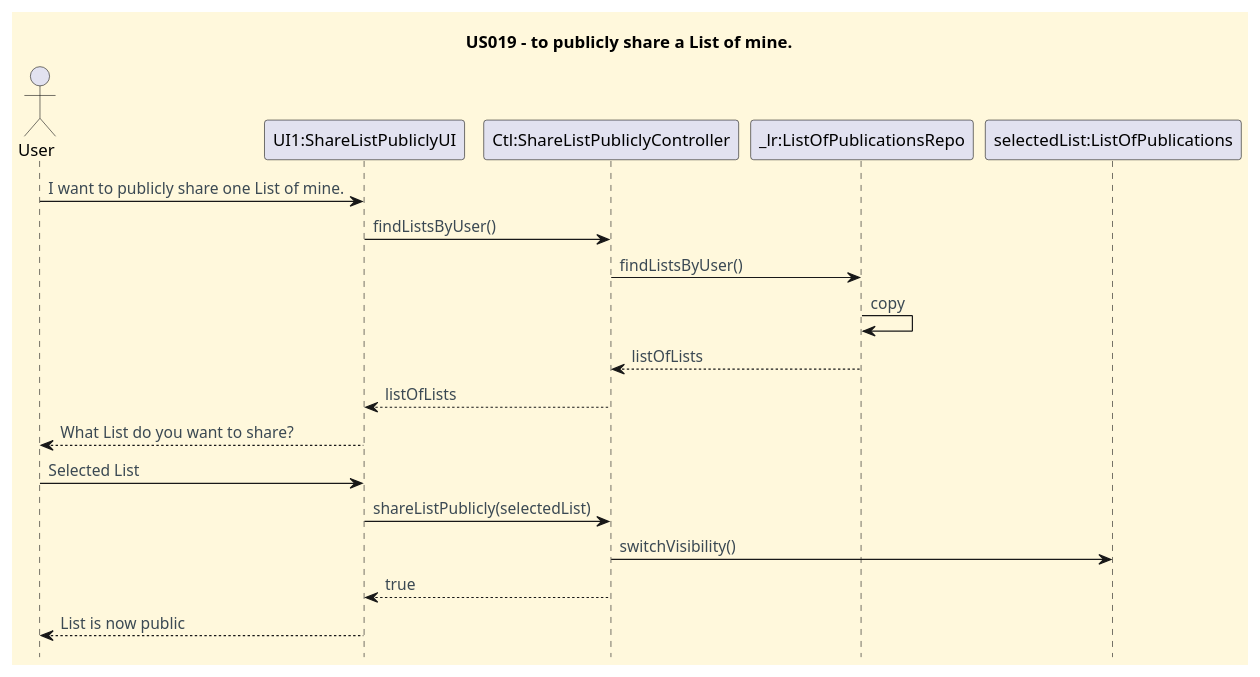
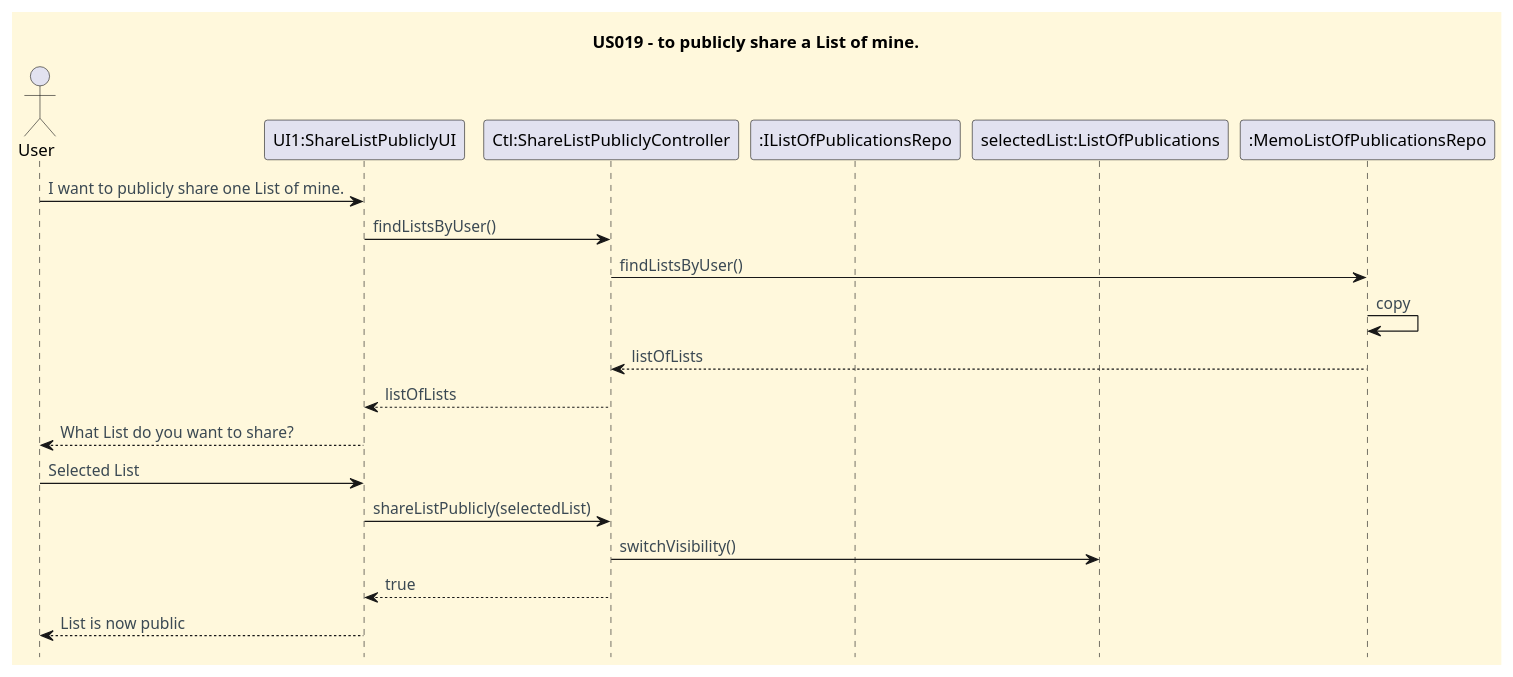
Before and after one commit to CarolinaLeite-collab/JavaMarketplacePlatform: the diagram in docs/userStories/US019/US019_to_publicly_share_a_list_SD.puml, drawn with PlantUML. The commit also changed 5 other files, not shown here.

Commit message:
docs(diagrams): #369: update SDs/CDs for US017, US019, US020 to use IListOfPublicationsRepo.

```diff
--- a/docs/userStories/US019/US019_to_publicly_share_a_list_SD.puml
+++ b/docs/userStories/US019/US019_to_publicly_share_a_list_SD.puml
@@ -1,42 +1,42 @@
 @startuml
 'https://plantuml.com/sequence-diagram
 hide footbox
 title US019 - to publicly share a List of mine.
 
 
 '==== basic style ====
 skinparam monochrome false
 skinparam shadowing false
 skinparam defaultFontName Futura
 skinparam objectFontSize 20
 skinparam backgroundColor CornSilk
 skinparam objectBackgroundColor WhiteSmoke
 skinparam noteBackgroundColor #FFFFE0
 skinparam ArrowFontColor #3B4953
 skinparam ActivationBackgroundColor black
 
 
 actor User
 participant "UI1:ShareListPubliclyUI"
 participant "Ctl:ShareListPubliclyController"
-participant "_lr:ListOfPublicationsRepo"
+participant ":IListOfPublicationsRepo"
 participant "selectedList:ListOfPublications"
 
 
 User -> "UI1:ShareListPubliclyUI" : I want to publicly share one List of mine.
 "UI1:ShareListPubliclyUI" -> "Ctl:ShareListPubliclyController" : findListsByUser()
-"Ctl:ShareListPubliclyController" -> "_lr:ListOfPublicationsRepo" : findListsByUser()
-"_lr:ListOfPublicationsRepo" -> "_lr:ListOfPublicationsRepo" : copy
-"_lr:ListOfPublicationsRepo" --> "Ctl:ShareListPubliclyController" : listOfLists
+"Ctl:ShareListPubliclyController" -> ":MemoListOfPublicationsRepo" : findListsByUser()
+":MemoListOfPublicationsRepo" -> ":MemoListOfPublicationsRepo" : copy
+":MemoListOfPublicationsRepo" --> "Ctl:ShareListPubliclyController" : listOfLists
 "Ctl:ShareListPubliclyController" --> "UI1:ShareListPubliclyUI" : listOfLists
 "UI1:ShareListPubliclyUI" --> User : What List do you want to share?
 User -> "UI1:ShareListPubliclyUI" : Selected List
 "UI1:ShareListPubliclyUI" -> "Ctl:ShareListPubliclyController" : shareListPublicly(selectedList)
 "Ctl:ShareListPubliclyController" -> "selectedList:ListOfPublications" : switchVisibility()
 "Ctl:ShareListPubliclyController" --> "UI1:ShareListPubliclyUI" : true
 "UI1:ShareListPubliclyUI" --> User : List is now public
 
 
 
 
 @enduml
```
